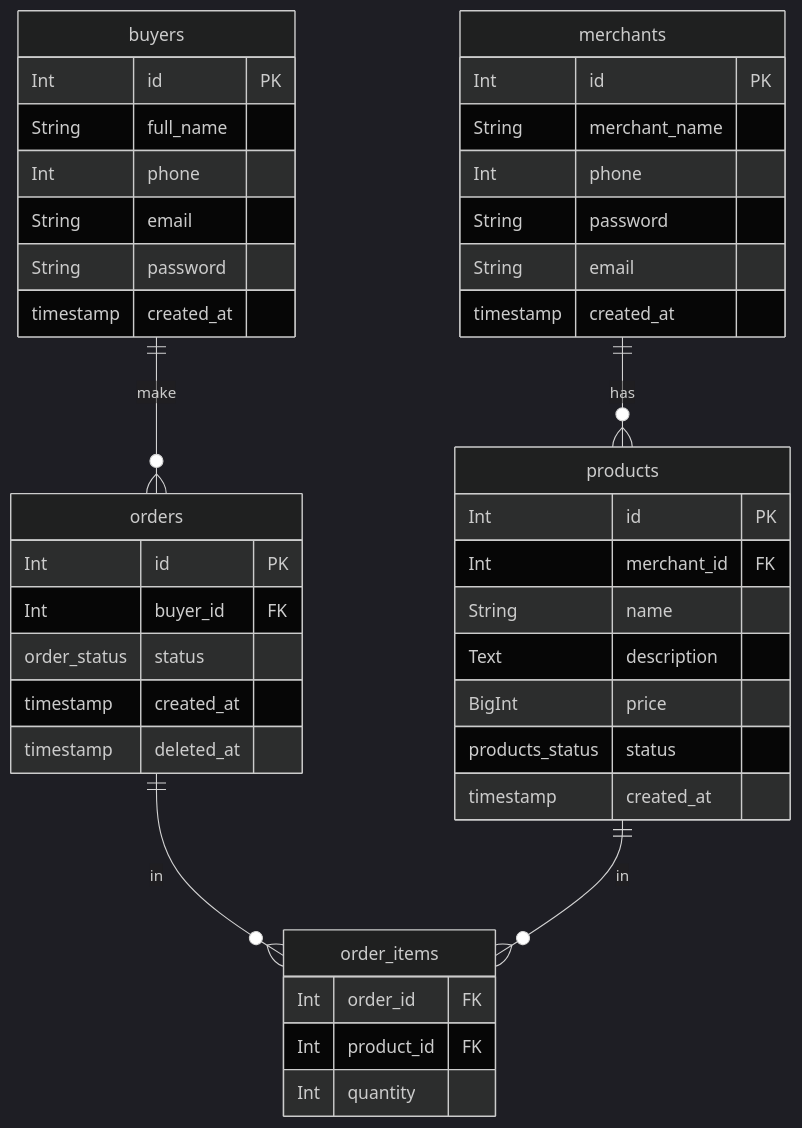
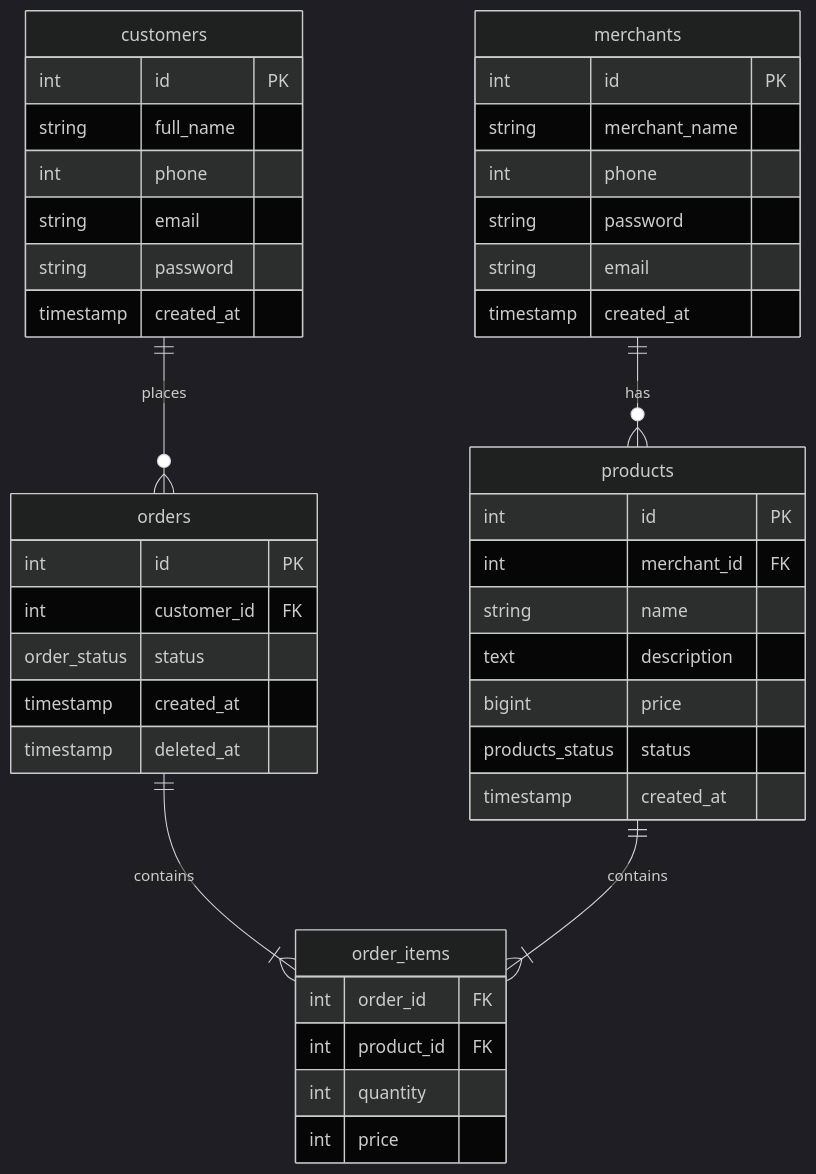
One commit to delveper/mystore changed the diagram in README.md. Above: the diagram before and after it, drawn with Mermaid (dark theme). The commit also changed other lines of this file and 1 other file, not shown here.

````diff
--- a/README.md
+++ b/README.md
@@ -15,49 +15,50 @@
 ```mermaid
 erDiagram
     merchants {
-        Int id PK
-        String merchant_name
-        Int phone
-        String password
-        String email
+        int id PK
+        string merchant_name
+        int phone
+        string password
+        string email
         timestamp created_at
     }
 
-    buyers {
-        Int id PK
-        String full_name
-        Int phone
-        String email
-        String password
+    customers {
+        int id PK
+        string full_name
+        int phone
+        string email
+        string password
         timestamp created_at
     }
 
     products {
-        Int id PK
-        Int merchant_id FK
-        String name
-        Text description
-        BigInt price
+        int id PK
+        int merchant_id FK
+        string name
+        text description
+        bigint price
         products_status status
         timestamp created_at
     }
 
     orders {
-        Int id PK
-        Int buyer_id FK
+        int id PK
+        int customer_id FK
         order_status status
         timestamp created_at
         timestamp deleted_at
     }
 
     order_items {
-        Int order_id FK
-        Int product_id FK
-        Int quantity
+        int order_id FK
+        int product_id FK
+        int quantity
+        int price
     }
 
     merchants ||--o{ products : has
-    buyers ||--o{ orders : make
-    orders ||--o{ order_items : in 
-    products ||--o{ order_items : in
+    customers ||--o{ orders : places 
+    orders ||--|{ order_items : contains 
+    products ||--|{ order_items :contains 
 ```
````
